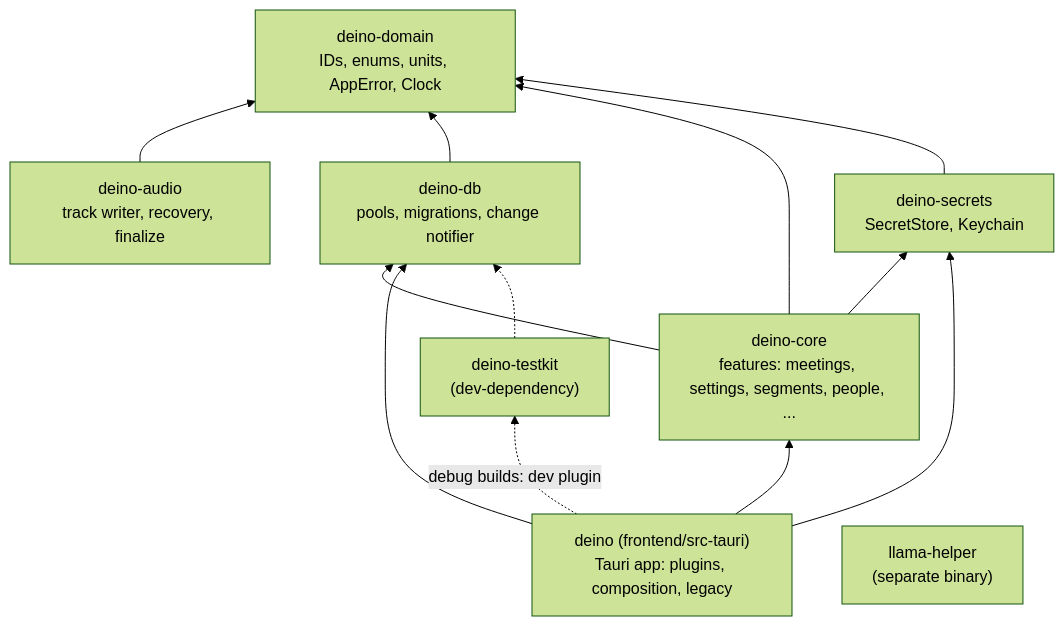
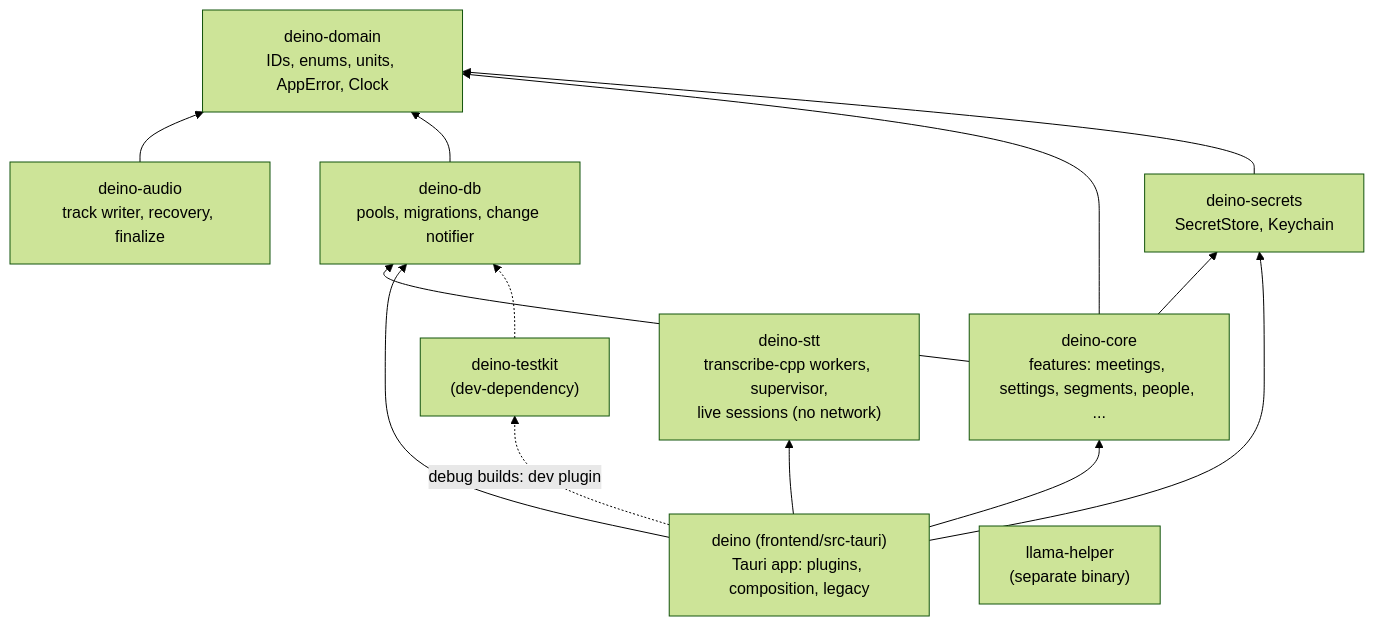
Before and after one commit to xenshreyas/Deino: the second of 5 diagrams in docs/ARCHITECTURE.md, drawn with Mermaid (forest theme). The commit also changed other lines of this file and 5 other files, not shown here.

Commit message:
docs(cap-01): ADR 0016, architecture map, notices and plan follow-ups

````diff
--- a/docs/ARCHITECTURE.md
+++ b/docs/ARCHITECTURE.md
@@ -41,22 +48,24 @@
 ```mermaid
 flowchart BT
   domain["deino-domain<br/>IDs, enums, units, AppError, Clock"]
   db["deino-db<br/>pools, migrations, change notifier"]
   core["deino-core<br/>features: meetings, settings, segments, people, ..."]
   secrets["deino-secrets<br/>SecretStore, Keychain"]
   testkit["deino-testkit<br/>(dev-dependency)"]
+  stt["deino-stt<br/>transcribe-cpp workers, supervisor,<br/>live sessions (no network)"]
   app["deino (frontend/src-tauri)<br/>Tauri app: plugins, composition, legacy"]
   helper["llama-helper<br/>(separate binary)"]
   audio["deino-audio<br/>track writer, recovery, finalize"]
   audio --> domain
   db --> domain
   core --> db
   core --> domain
   core --> secrets
   secrets --> domain
   app --> core
   app --> db
   app --> secrets
+  app --> stt
   app -. "debug builds: dev plugin" .-> testkit
   testkit -.-> db
 ```
````
